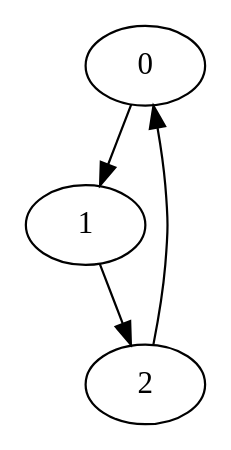
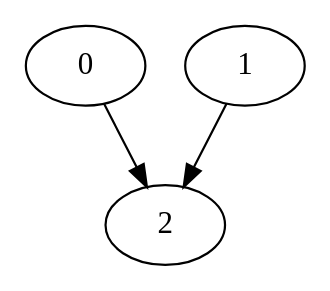
One commit to Jisoo-Min/Graph-Match changed the diagram in data/subgraphs/Index5.dot. Above: the diagram before and after it, drawn with Graphviz.

```diff
--- a/data/subgraphs/Index5.dot
+++ b/data/subgraphs/Index5.dot
@@ -1,11 +1,10 @@
-digraph Index6{
+digraph Index5{
 
 	0;
 	1;
 	2;
 
-	0 -> 1;
+	0 -> 2;
 	1 -> 2;
-	2 -> 0;
 
 }
```
